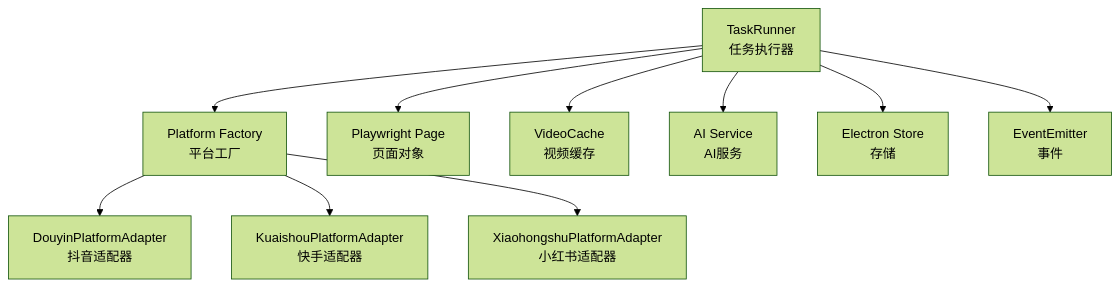
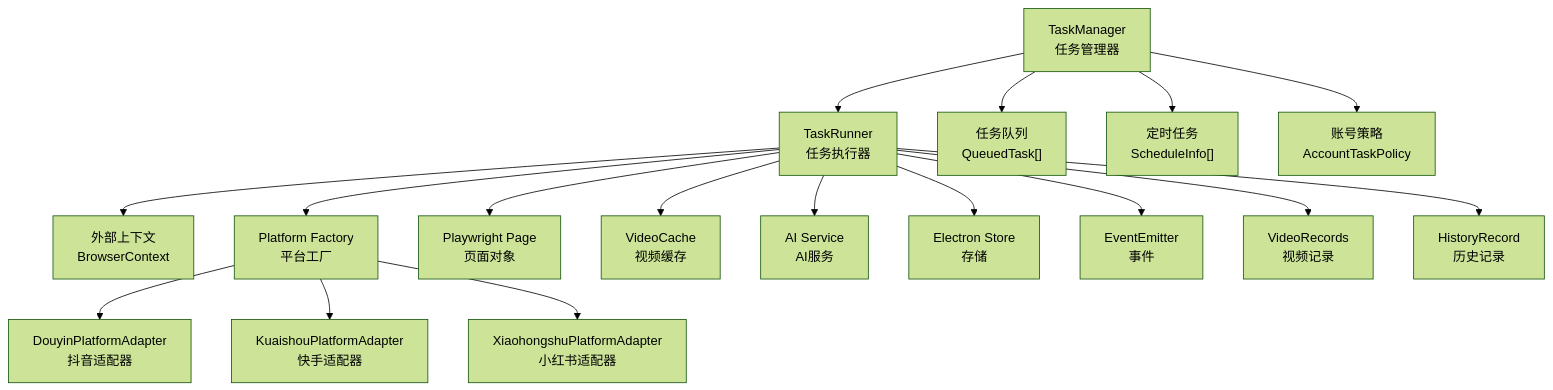
The first of 14 diagrams in .qoder/repowiki/zh/content/核心模块/任务执行器.md (hipig/autoOps), drawn with Mermaid (forest theme) before and after one commit. The commit also changed other lines of this file and 37 other files, not shown here.

````diff
--- a/.qoder/repowiki/zh/content/核心模块/任务执行器.md
+++ b/.qoder/repowiki/zh/content/核心模块/任务执行器.md
@@ -35,12 +54,19 @@
 ```mermaid
 graph TB
-TR["TaskRunner<br/>任务执行器"] --> PF["Platform Factory<br/>平台工厂"]
+TM["TaskManager<br/>任务管理器"] --> TR["TaskRunner<br/>任务执行器"]
+TM --> Q["任务队列<br/>QueuedTask[]"]
+TM --> S["定时任务<br/>ScheduleInfo[]"]
+TM --> AP["账号策略<br/>AccountTaskPolicy"]
+TR --> EC["外部上下文<br/>BrowserContext"]
+TR --> PF["Platform Factory<br/>平台工厂"]
 PF --> DP["DouyinPlatformAdapter<br/>抖音适配器"]
 PF --> KP["KuaishouPlatformAdapter<br/>快手适配器"]
 PF --> XP["XiaohongshuPlatformAdapter<br/>小红书适配器"]
 TR --> PC["Playwright Page<br/>页面对象"]
 TR --> VC["VideoCache<br/>视频缓存"]
 TR --> AI["AI Service<br/>AI服务"]
 TR --> ST["Electron Store<br/>存储"]
 TR --> EV["EventEmitter<br/>事件"]
+TR --> VR["VideoRecords<br/>视频记录"]
+TR --> HR["HistoryRecord<br/>历史记录"]
 ```
````
